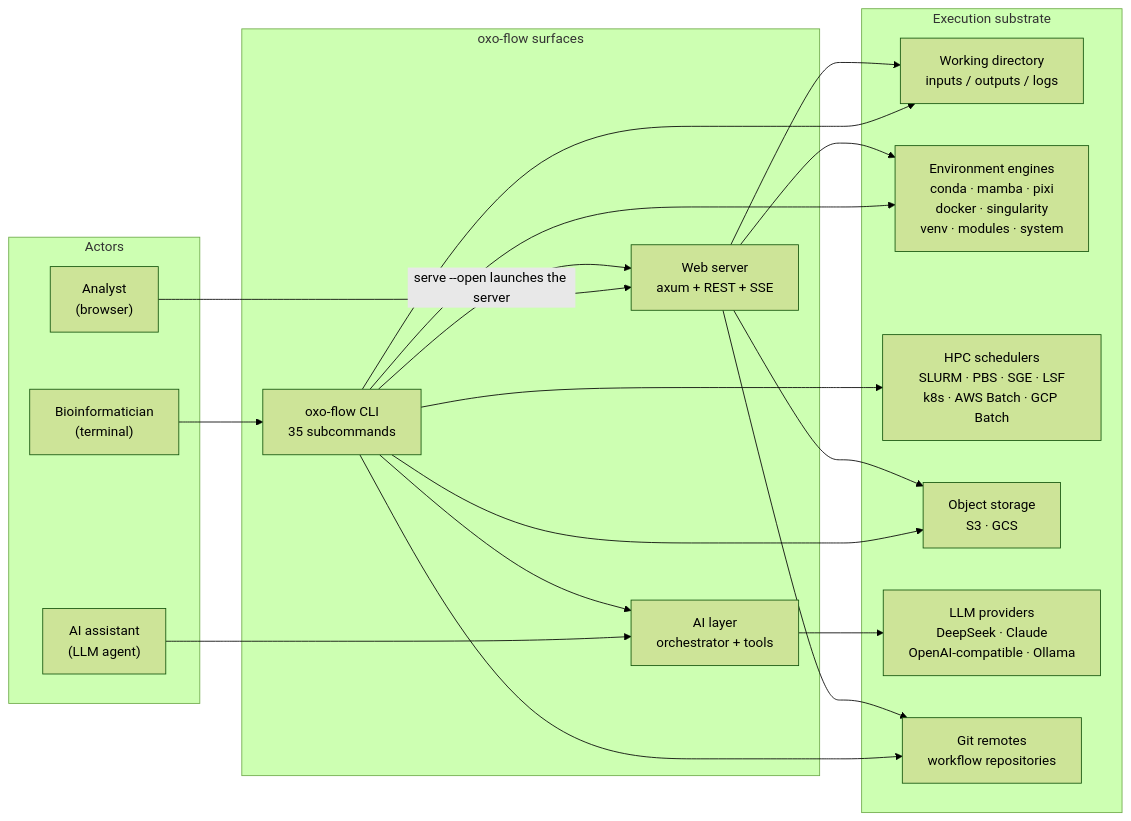
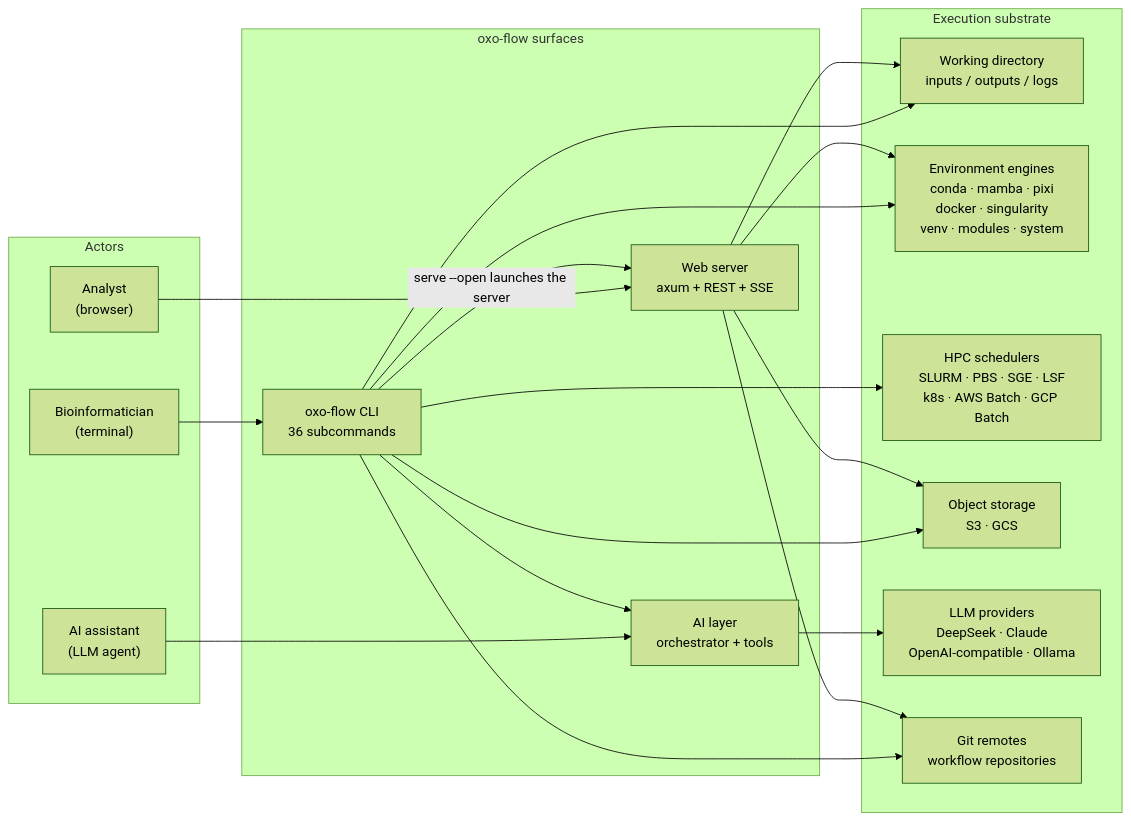
The first of 12 diagrams in docs/guide/src/reference/architecture.md (Traitome/oxo-flow), drawn with Mermaid (forest theme) before and after one commit. The commit also changed other lines of this file and 13 other files, not shown here.

````diff
--- a/docs/guide/src/reference/architecture.md
+++ b/docs/guide/src/reference/architecture.md
@@ -50,40 +50,40 @@
 ```mermaid
 flowchart LR
     subgraph actors["Actors"]
         bio["Bioinformatician<br/>(terminal)"]
         webuser["Analyst<br/>(browser)"]
         agent["AI assistant<br/>(LLM agent)"]
     end
 
     subgraph surfaces["oxo-flow surfaces"]
-        cli["oxo-flow CLI<br/>35 subcommands"]
+        cli["oxo-flow CLI<br/>36 subcommands"]
         web["Web server<br/>axum + REST + SSE"]
         ai["AI layer<br/>orchestrator + tools"]
     end
 
     subgraph world["Execution substrate"]
         fs["Working directory<br/>inputs / outputs / logs"]
         env["Environment engines<br/>conda · mamba · pixi<br/>docker · singularity<br/>venv · modules · system"]
         hpc["HPC schedulers<br/>SLURM · PBS · SGE · LSF<br/>k8s · AWS Batch · GCP Batch"]
         obj["Object storage<br/>S3 · GCS"]
         llm["LLM providers<br/>DeepSeek · Claude<br/>OpenAI-compatible · Ollama"]
         git["Git remotes<br/>workflow repositories"]
     end
 
     bio --> cli
     webuser --> web
     cli -- "serve --open launches the server" --> web
     agent --> ai
     cli --> ai
 
     cli --> fs
     web --> fs
     cli --> env
     web --> env
     cli --> hpc
     cli --> obj
     web --> obj
     cli --> git
     web --> git
     ai --> llm
 ```
````
